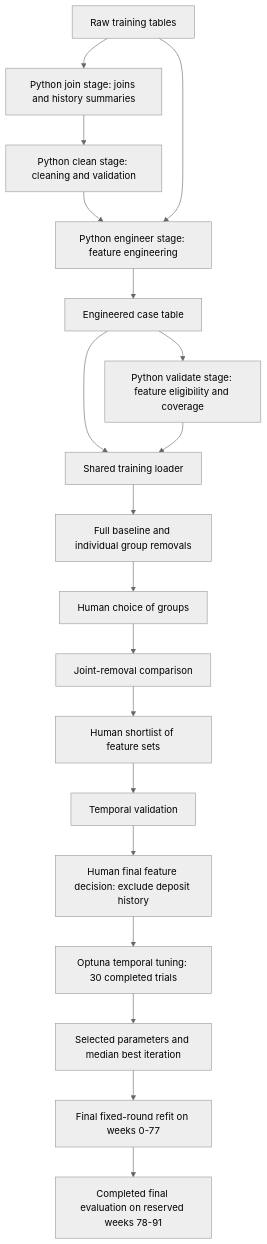
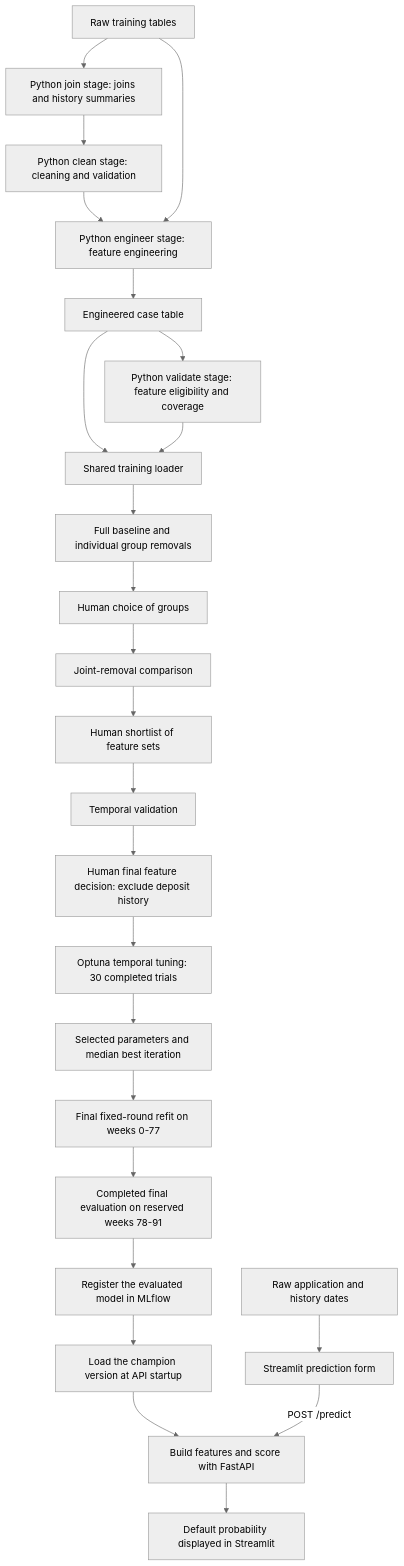
One commit to GeorgiusBE/mlops-credit-risk changed the diagram in docs/credit-risk-modelling-workflow.md. Above: the diagram before and after it, drawn with Mermaid (neutral theme). The commit also changed other lines of this file and 15 other files, not shown here.

Commit message:
Created FastAPI API endpoint for predictions and created Streamlit front-end

````diff
--- a/docs/credit-risk-modelling-workflow.md
+++ b/docs/credit-risk-modelling-workflow.md
@@ -98,21 +106,27 @@
 ```mermaid
 flowchart TD
     A[Raw training tables] --> B[Python join stage: joins and history summaries]
     B --> C[Python clean stage: cleaning and validation]
     C --> D[Python engineer stage: feature engineering]
     A --> D
     D --> E[Engineered case table]
     E --> F[Python validate stage: feature eligibility and coverage]
     E --> G[Shared training loader]
     F --> G
     G --> H[Full baseline and individual group removals]
     H --> I[Human choice of groups]
     I --> J[Joint-removal comparison]
     J --> K[Human shortlist of feature sets]
     K --> L[Temporal validation]
     L --> M[Human final feature decision: exclude deposit history]
     M --> N[Optuna temporal tuning: 30 completed trials]
     N --> O[Selected parameters and median best iteration]
     O --> P[Final fixed-round refit on weeks 0-77]
     P --> Q[Completed final evaluation on reserved weeks 78-91]
+    Q --> R[Register the evaluated model in MLflow]
+    R --> S[Load the champion version at API startup]
+    S --> U[Build features and score with FastAPI]
+    T[Raw application and history dates] --> W[Streamlit prediction form]
+    W -->|POST /predict| U
+    U --> V[Default probability displayed in Streamlit]
 ```
````
